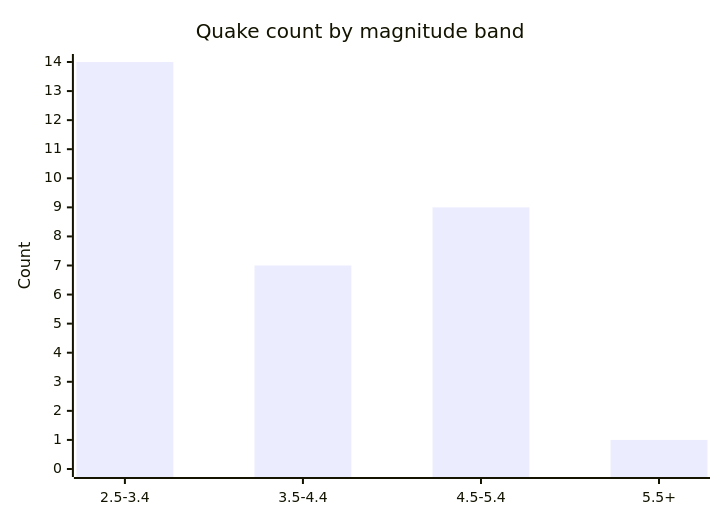
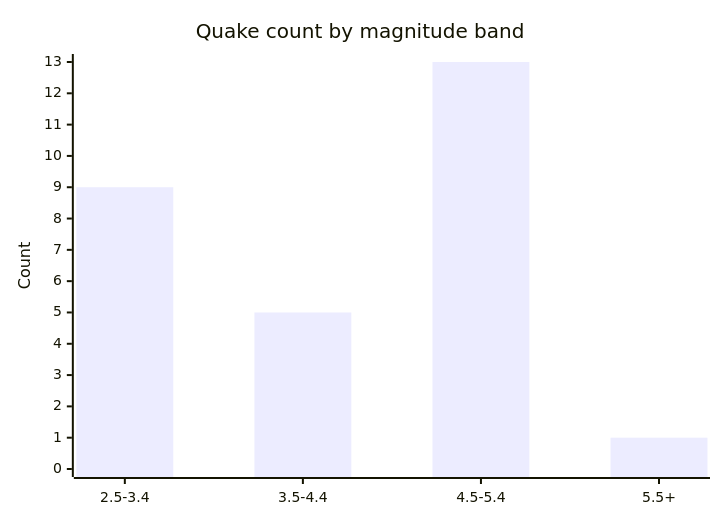
Before and after one commit to Midwest-Stratospheric/aerostratospheric-defense-gir: the fifth of 6 diagrams in docs/GRAPHS.md, drawn with Mermaid. The commit also changed other lines of this file and 24 other files, not shown here.

````diff
--- a/docs/GRAPHS.md
+++ b/docs/GRAPHS.md
@@ -82,7 +82,7 @@
 ```mermaid
 xychart-beta
   title "Quake count by magnitude band"
   x-axis ["2.5-3.4", "3.5-4.4", "4.5-5.4", "5.5+"]
-  y-axis "Count" 0 --> 14
-  bar [14, 7, 9, 1]
+  y-axis "Count" 0 --> 13
+  bar [9, 5, 13, 1]
 ```
````
